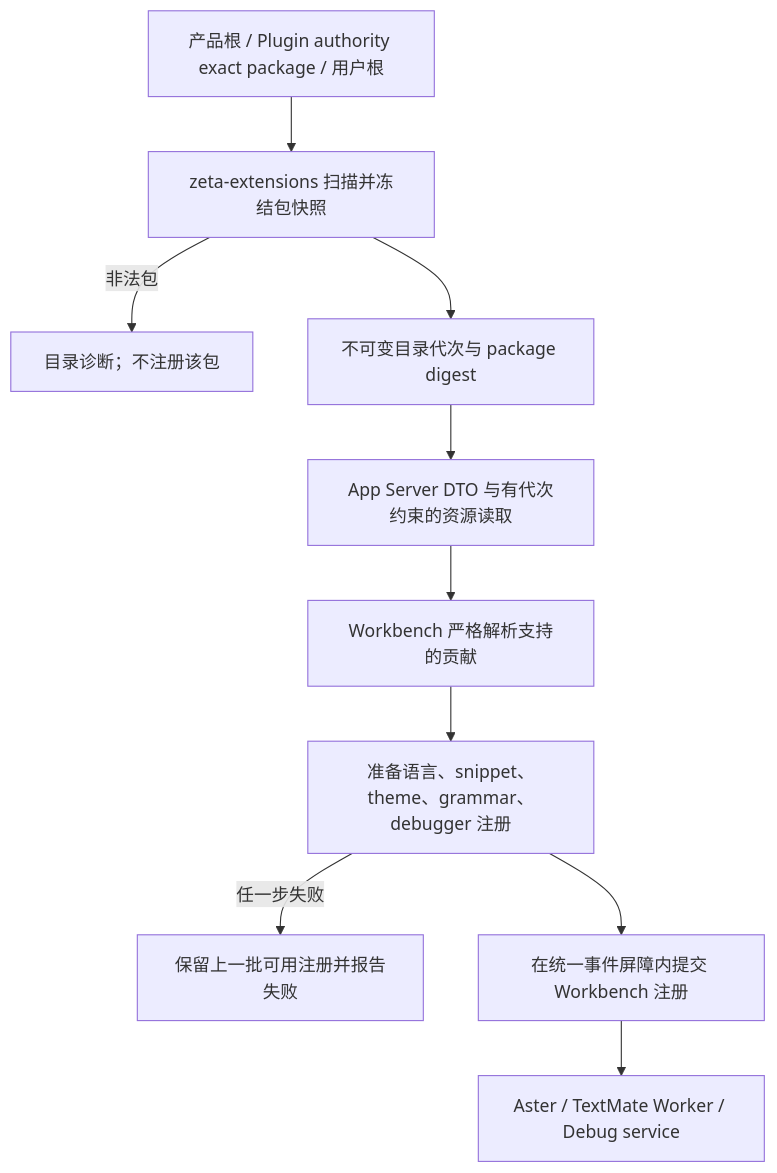
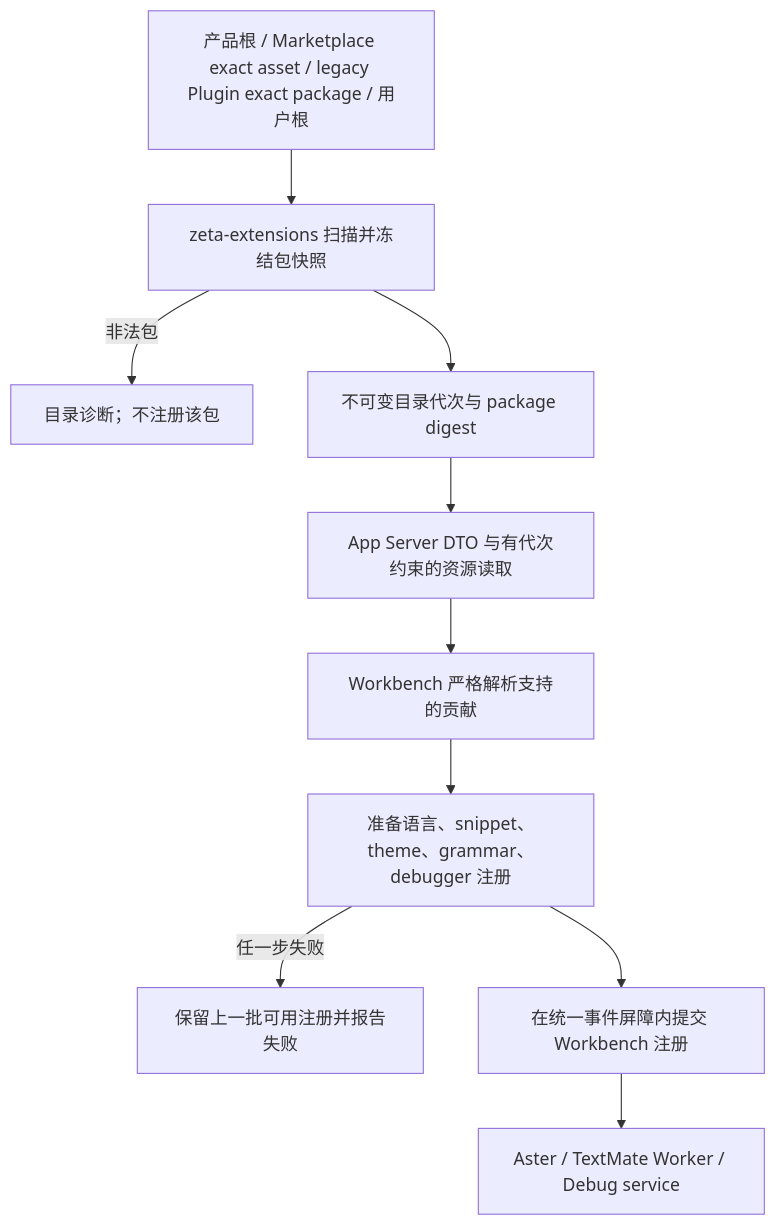
One commit to chogng/zeta changed the first of 2 diagrams in docs/editor-extensions.md. Above: the diagram before and after it, drawn with Mermaid. The commit also changed other lines of this file and 352 other files, not shown here.

````diff
--- a/docs/editor-extensions.md
+++ b/docs/editor-extensions.md
@@ -41,12 +48,12 @@
 ```mermaid
 flowchart TD
-    package["产品根 / Plugin authority exact package / 用户根"] --> scan["zeta-extensions 扫描并冻结包快照"]
+    package["产品根 / Marketplace exact asset / legacy Plugin exact package / 用户根"] --> scan["zeta-extensions 扫描并冻结包快照"]
     scan -->|非法包| diagnostic["目录诊断；不注册该包"]
     scan --> catalog["不可变目录代次与 package digest"]
     catalog --> protocol["App Server DTO 与有代次约束的资源读取"]
     protocol --> parse["Workbench 严格解析支持的贡献"]
     parse --> prepare["准备语言、snippet、theme、grammar、debugger 注册"]
     prepare -->|任一步失败| previous["保留上一批可用注册并报告失败"]
     prepare --> commit["在统一事件屏障内提交 Workbench 注册"]
     commit --> consumers["Aster / TextMate Worker / Debug service"]
 ```
````
